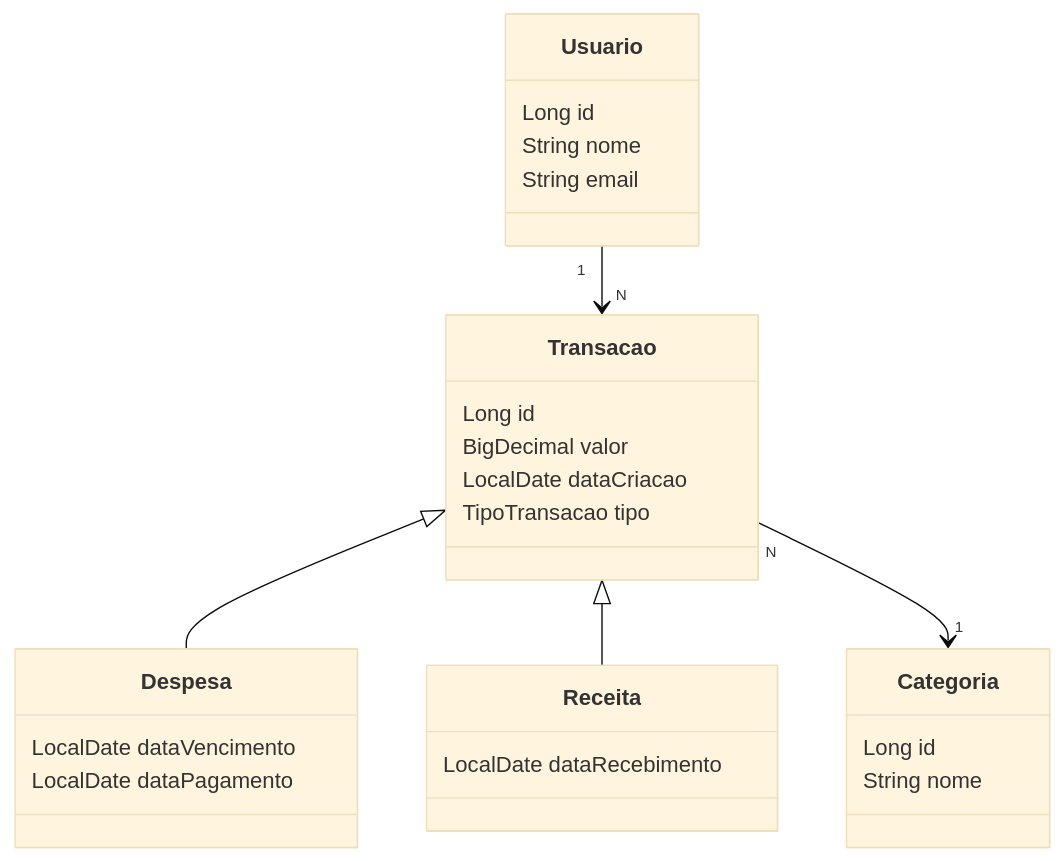
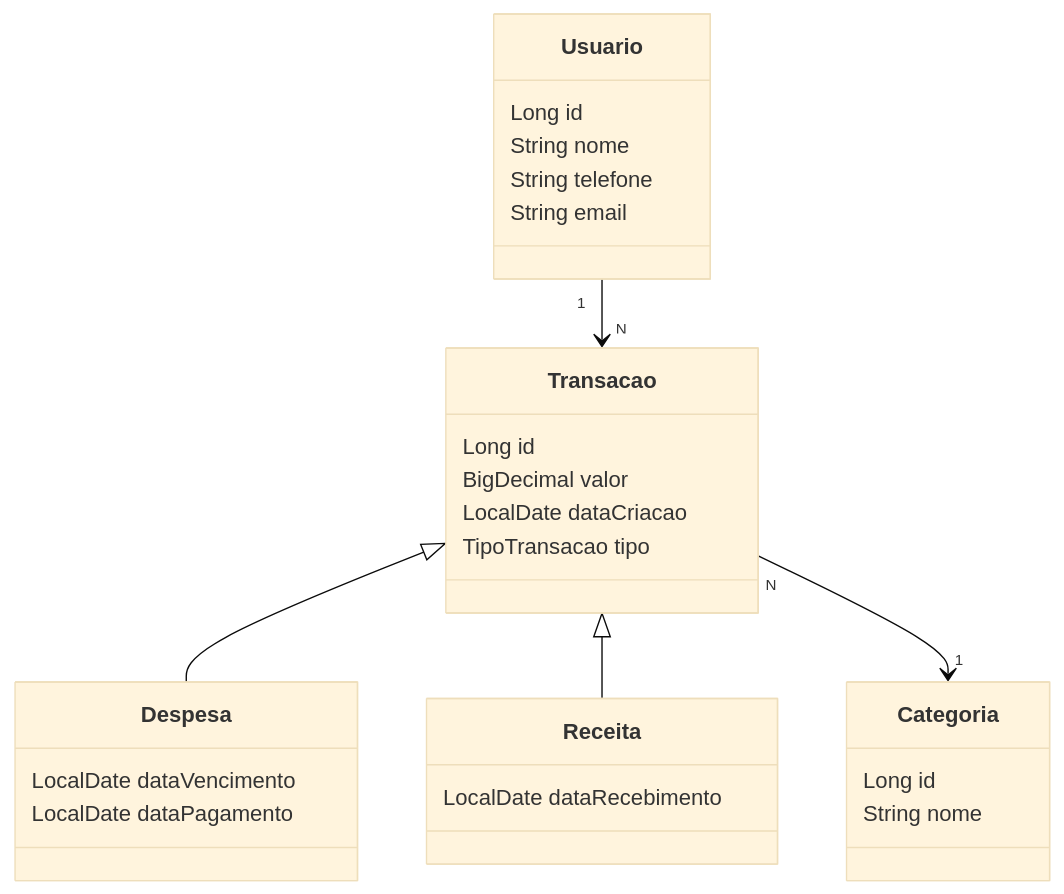
One commit to AndreOliveiraALO/dio-desafio-api-controle-financeiro-pessoal changed the first of 2 diagrams in README.md. Above: the diagram before and after it, drawn with Mermaid (base theme). The commit also changed other lines of this file, not shown here.

````diff
--- a/README.md
+++ b/README.md
@@ -5,34 +5,35 @@
 ```mermaid
 classDiagram
     class Transacao {
         Long id
         BigDecimal valor
         LocalDate dataCriacao
         TipoTransacao tipo
     }
 
     class Despesa {
         LocalDate dataVencimento
         LocalDate dataPagamento
     }
 
     class Receita {
         LocalDate dataRecebimento
     }
 
     class Usuario {
         Long id
         String nome
+		String telefone
         String email
     }
 
     class Categoria {
         Long id
         String nome
     }
 
     Transacao <|-- Despesa
     Transacao <|-- Receita
     Usuario "1" --> "N" Transacao
     Transacao "N" --> "1" Categoria
 ```
````
